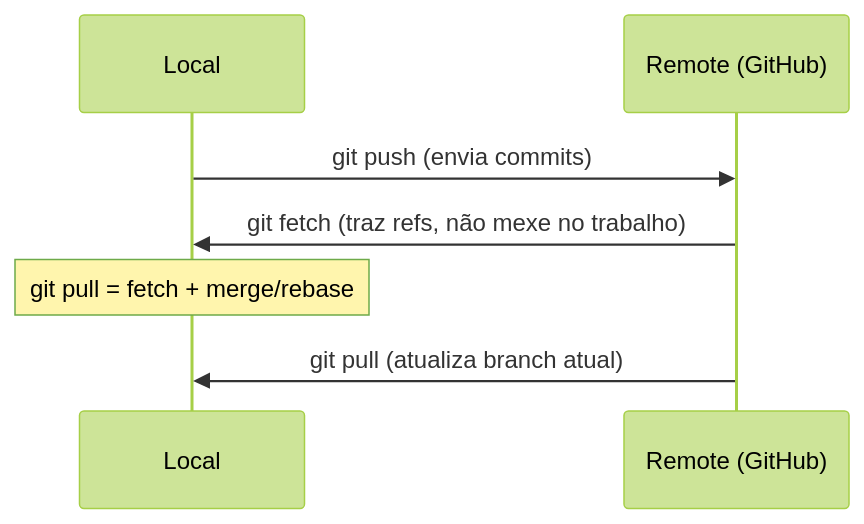
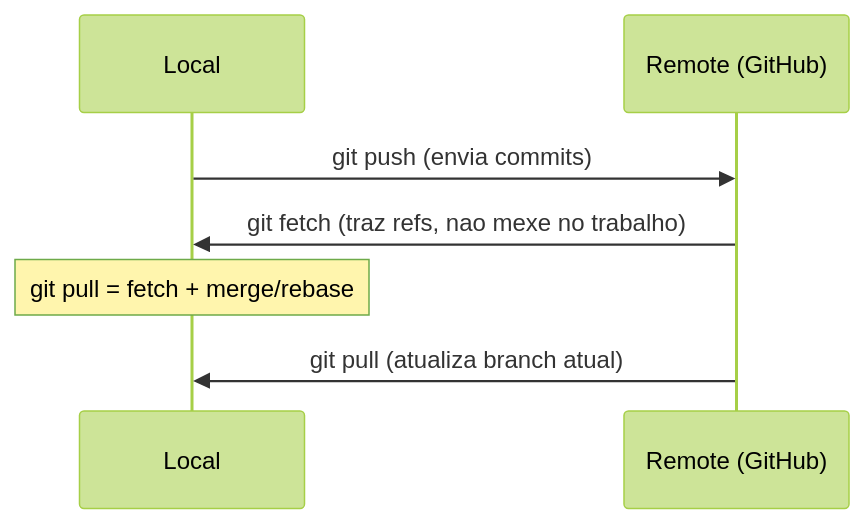
Before and after one commit to BerniloBernardo-boot/Git-e-GitHub: the second of 2 diagrams in 05-GitHub-e-Repositorios/01-repositorios-remotes-tags.md, drawn with Mermaid (forest theme). The commit also changed other lines of this file and 27 other files, not shown here.

````diff
--- a/05-GitHub-e-Repositorios/01-repositorios-remotes-tags.md
+++ b/05-GitHub-e-Repositorios/01-repositorios-remotes-tags.md
@@ -21,9 +50,9 @@
 ```mermaid
 sequenceDiagram
     participant L as Local
     participant R as Remote (GitHub)
     L->>R: git push (envia commits)
-    R->>L: git fetch (traz refs, não mexe no trabalho)
+    R->>L: git fetch (traz refs, nao mexe no trabalho)
     Note over L: git pull = fetch + merge/rebase
     R->>L: git pull (atualiza branch atual)
 ```
````
